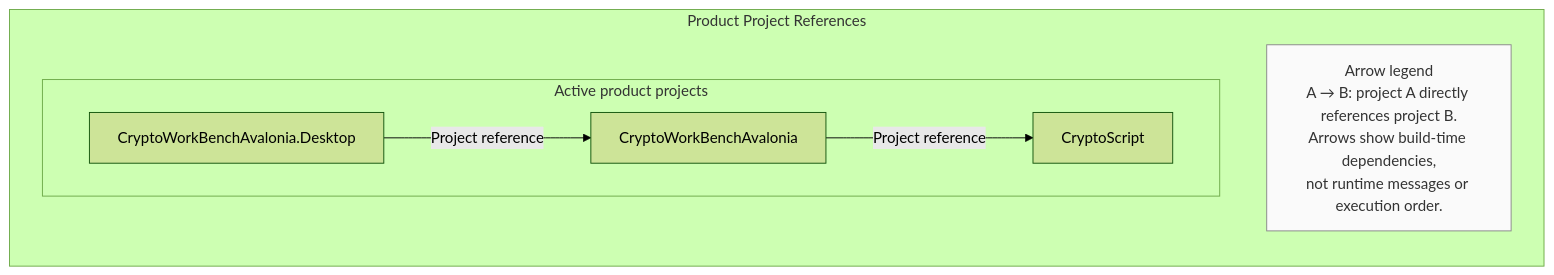
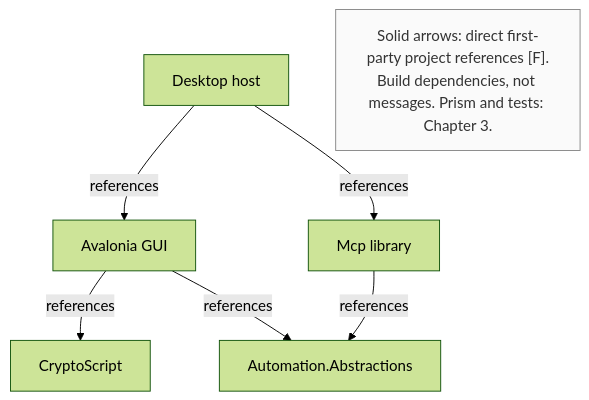
One commit to tkbss/CryptoWorkBench changed the diagram in docs/architecture/diagrams/01-project-references.mmd. Above: the diagram before and after it, drawn with Mermaid (forest theme). The commit also changed 57 other files, not shown here.

Commit message:
docs(architecture): reconcile bilingual architecture chapters 1-4

```diff
--- a/docs/architecture/diagrams/01-project-references.mmd
+++ b/docs/architecture/diagrams/01-project-references.mmd
@@ -1,25 +1,16 @@
-%% Title: Product project reference overview
-%% Classification: Verified implementation fact [F]; selection follows owner scope [O]
-%% Baseline: d3099c80af3891ad54444e544f528c9c5ed6b93f
-%% Evidence: ../evidence/01-introduction-baseline.md, E01 and D01
-%% Scope authority: ../evidence/02-system-overview-baseline.md, O05
-%% Scope: Three product projects and two direct references; not a complete repository inventory.
-%% Test projects, projects outside the product architecture and external packages are omitted.
-%% Legend: A solid arrow points from a referencing project to a referenced project.
-%% Edges describe build-time references, not runtime messages or execution order.
+%% AR-01; baseline fbbadae2f68b015ccedfea92ce8bba4cd7737ecb; evidence R01-R16
+%% Diagram identity 01-project-references.mmd
 flowchart TB
-    subgraph Diagram["Product Project References"]
-        direction TB
-        subgraph Projects["Active product projects"]
-            direction LR
-            Core["CryptoScript"]
-            Gui["CryptoWorkBenchAvalonia"]
-            Desktop["CryptoWorkBenchAvalonia.Desktop"]
-
-            Gui -->|Project reference| Core
-            Desktop -->|Project reference| Gui
-        end
-        Legend["Arrow legend<br/>A → B: project A directly references project B.<br/>Arrows show build-time dependencies,<br/>not runtime messages or execution order."]
-    end
+    Desktop["Desktop host"]
+    Gui["Avalonia GUI"]
+    Core["CryptoScript"]
+    Mcp["Mcp library"]
+    Contracts["Automation.Abstractions"]
+    Desktop -->|"references"| Gui
+    Desktop -->|"references"| Mcp
+    Gui -->|"references"| Core
+    Gui -->|"references"| Contracts
+    Mcp -->|"references"| Contracts
+    Legend["Solid arrows: direct first-party project references [F].<br/>Build dependencies, not messages. Prism and tests: Chapter 3."]
     classDef note fill:#fafafa,stroke:#888888,color:#333333
     class Legend note
```
